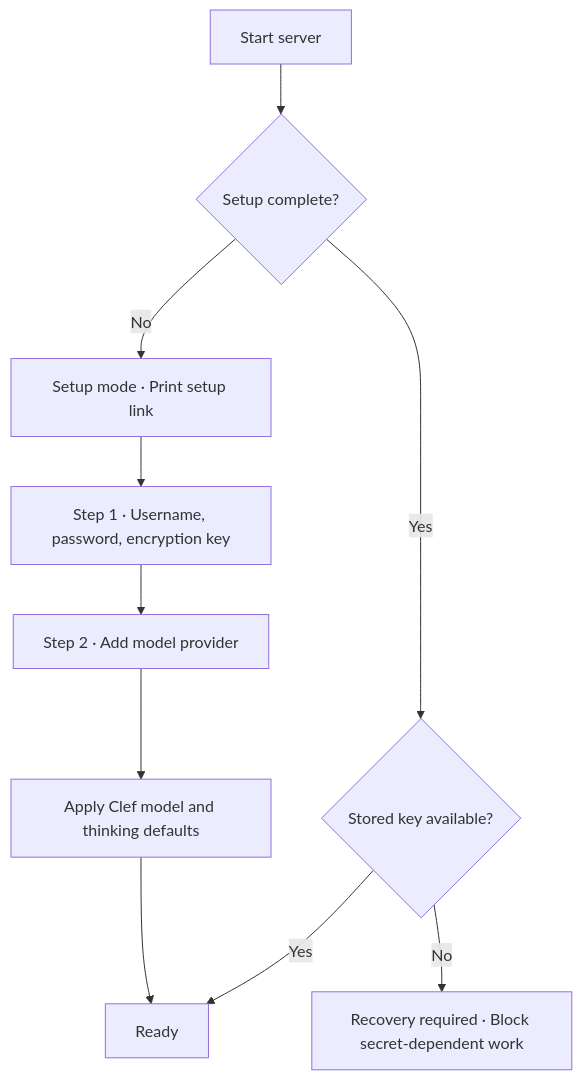
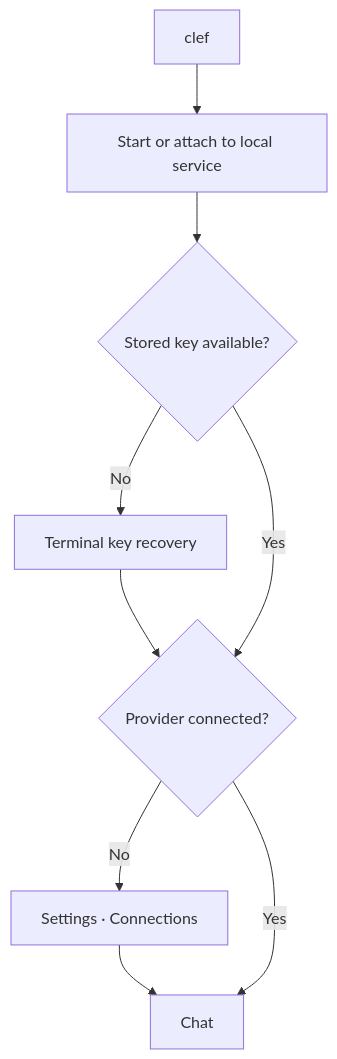
The second of 2 diagrams in ARCHITECTURE.md (davidhariri/clef), drawn with Mermaid before and after one commit. The commit also changed other lines of this file and 136 other files, not shown here.

First line of the commit message:
Replace web client with persistent Pi-based terminal chat

````diff
--- a/ARCHITECTURE.md
+++ b/ARCHITECTURE.md
@@ -256,12 +139,11 @@
 ```mermaid
 flowchart TD
-    start["Start server"] --> configured{"Setup complete?"}
-    configured -->|No| setup["Setup mode · Print setup link"]
-    setup --> account["Step 1 · Username, password, encryption key"]
-    account --> provider["Step 2 · Add model provider"]
-    provider --> defaults["Apply Clef model and thinking defaults"]
-    defaults --> ready["Ready"]
-    configured -->|Yes| key{"Stored key available?"}
-    key -->|Yes| ready
-    key -->|No| locked["Recovery required · Block secret-dependent work"]
+    command["clef"] --> ready["Start or attach to local service"]
+    ready --> key{"Stored key available?"}
+    key -->|No| recover["Terminal key recovery"]
+    recover --> model
+    key -->|Yes| model{"Provider connected?"}
+    model -->|No| settings["Settings · Connections"]
+    settings --> chat["Chat"]
+    model -->|Yes| chat
 ```
````
